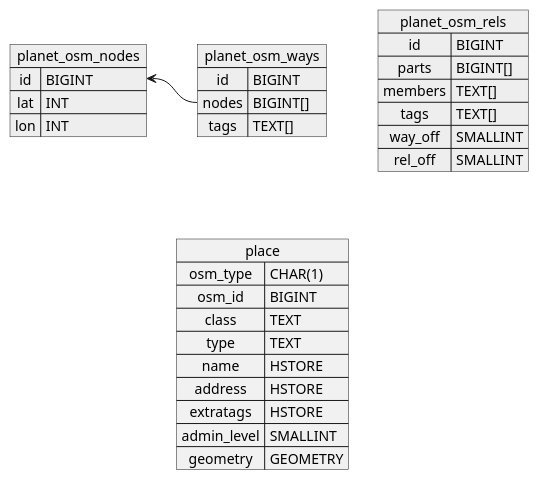
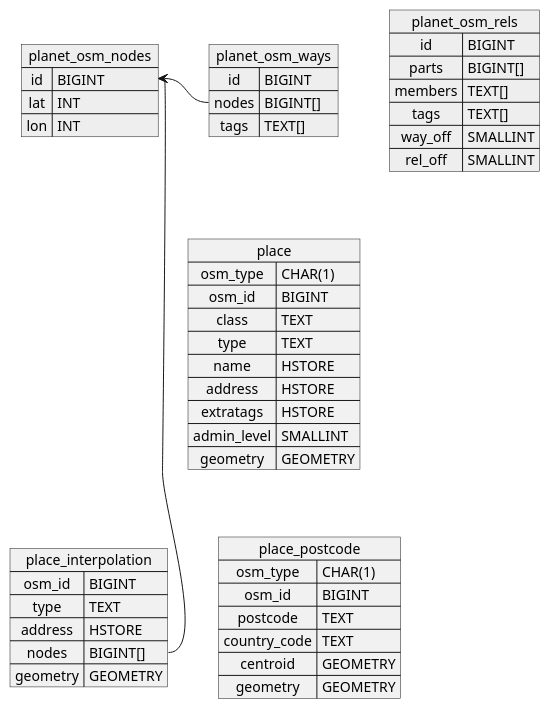
Before and after one commit to osm-search/Nominatim: the diagram in docs/develop/osm2pgsql-tables.plantuml, drawn with PlantUML. The commit also changed 4 other files, not shown here.

```diff
--- a/docs/develop/osm2pgsql-tables.plantuml
+++ b/docs/develop/osm2pgsql-tables.plantuml
@@ -1,44 +1,65 @@
 @startuml
 skinparam monochrome true
 skinparam ObjectFontStyle bold
 
 map planet_osm_nodes #eee {
   id => BIGINT
   lat => INT
   lon => INT
 }
 
 map planet_osm_ways #eee {
   id => BIGINT
   nodes => BIGINT[]
   tags => TEXT[]
 }
 
 map planet_osm_rels #eee {
   id => BIGINT
   parts => BIGINT[]
   members => TEXT[]
   tags => TEXT[]
   way_off => SMALLINT
   rel_off => SMALLINT
 }
 
 map place {
   osm_type => CHAR(1)
   osm_id => BIGINT
   class => TEXT
   type => TEXT
   name => HSTORE
   address => HSTORE
   extratags => HSTORE
   admin_level => SMALLINT
   geometry => GEOMETRY
 }
 
+map place_postcode {
+  osm_type => CHAR(1)
+  osm_id => BIGINT
+  postcode => TEXT
+  country_code => TEXT
+  centroid => GEOMETRY
+  geometry => GEOMETRY
+}
+
+map place_interpolation {
+  osm_id => BIGINT
+  type => TEXT
+  address => HSTORE
+  nodes => BIGINT[]
+  geometry => GEOMETRY
+}
+
+
 planet_osm_nodes  -[hidden]> planet_osm_ways
 planet_osm_ways  -[hidden]> planet_osm_rels
 planet_osm_ways -[hidden]-> place
+place -[hidden]-> place_postcode
+place -[hidden]-> place_interpolation
 
 planet_osm_nodes::id <- planet_osm_ways::nodes
+planet_osm_nodes::id <- place_interpolation::nodes
 
 @enduml
```
